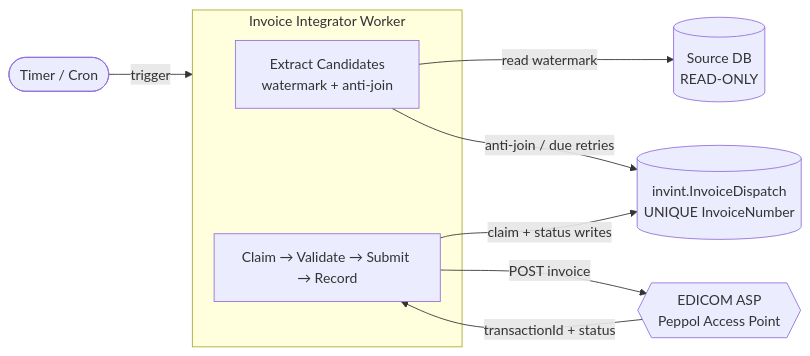
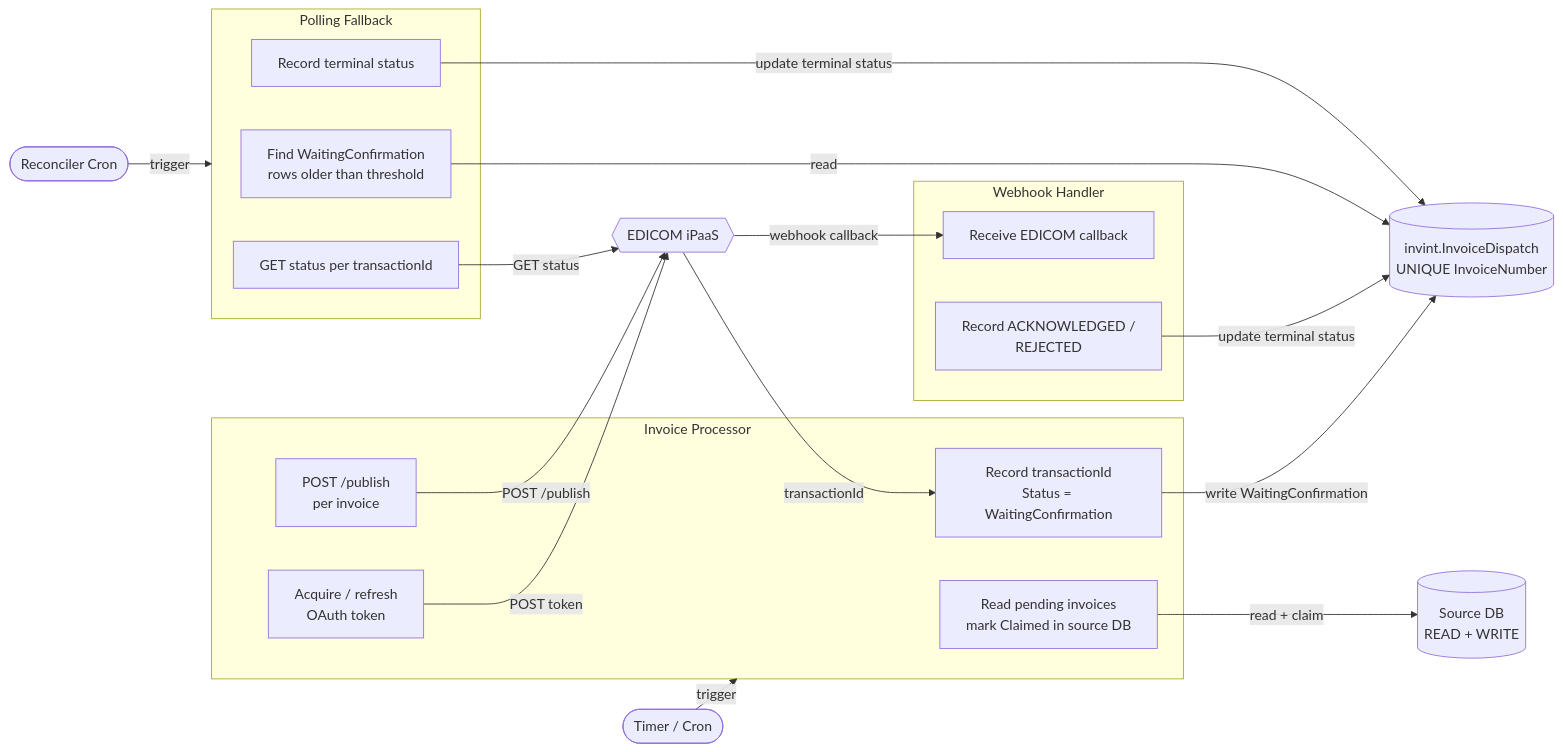
One commit to ctorresunimag95/Designs changed the first of 5 diagrams in InvoiceIntegrator/ARCHITECTURE-OPTIONS.md. Above: the diagram before and after it, drawn with Mermaid. The commit also changed other lines of this file and 1 other file, not shown here.

````diff
--- a/InvoiceIntegrator/ARCHITECTURE-OPTIONS.md
+++ b/InvoiceIntegrator/ARCHITECTURE-OPTIONS.md
@@ -7,18 +28,40 @@
 ```mermaid
 flowchart LR
     Sched([Timer / Cron])
-    subgraph Worker[Invoice Integrator Worker]
-        Extractor[Extract Candidates\nwatermark + anti-join]
-        Pipeline[Claim → Validate → Submit → Record]
+    StatusSched([Reconciler Cron])
+
+    subgraph Processor[Invoice Processor]
+        Poll[Read pending invoices\nmark Claimed in source DB]
+        Token[Acquire / refresh\nOAuth token]
+        Submit[POST /publish\nper invoice]
+        RecordTxn[Record transactionId\nStatus = WaitingConfirmation]
     end
-    Source[(Source DB\nREAD-ONLY)]
+
+    subgraph Webhook[Webhook Handler]
+        Receive[Receive EDICOM callback]
+        RecordFinal[Record ACKNOWLEDGED /\nREJECTED]
+    end
+
+    subgraph Reconciler[Polling Fallback]
+        FindStale[Find WaitingConfirmation\nrows older than threshold]
+        PollStatus[GET status per transactionId]
+        RecordFallback[Record terminal status]
+    end
+
+    Source[(Source DB\nREAD + WRITE)]
     Track[(invint.InvoiceDispatch\nUNIQUE InvoiceNumber)]
-    Edicom{{EDICOM ASP\nPeppol Access Point}}
+    Edicom{{EDICOM iPaaS}}
 
-    Sched -- trigger --> Worker
-    Extractor -- read watermark --> Source
-    Extractor -- anti-join / due retries --> Track
-    Pipeline -- claim + status writes --> Track
-    Pipeline -- POST invoice --> Edicom
-    Edicom -- transactionId + status --> Pipeline
+    Sched -- trigger --> Processor
+    Poll -- read + claim --> Source
+    Token -- POST token --> Edicom
+    Submit -- POST /publish --> Edicom
+    Edicom -- transactionId --> RecordTxn
+    RecordTxn -- write WaitingConfirmation --> Track
+    Edicom -- webhook callback --> Receive
+    RecordFinal -- update terminal status --> Track
+    StatusSched -- trigger --> Reconciler
+    FindStale -- read --> Track
+    PollStatus -- GET status --> Edicom
+    RecordFallback -- update terminal status --> Track
 ```
````
